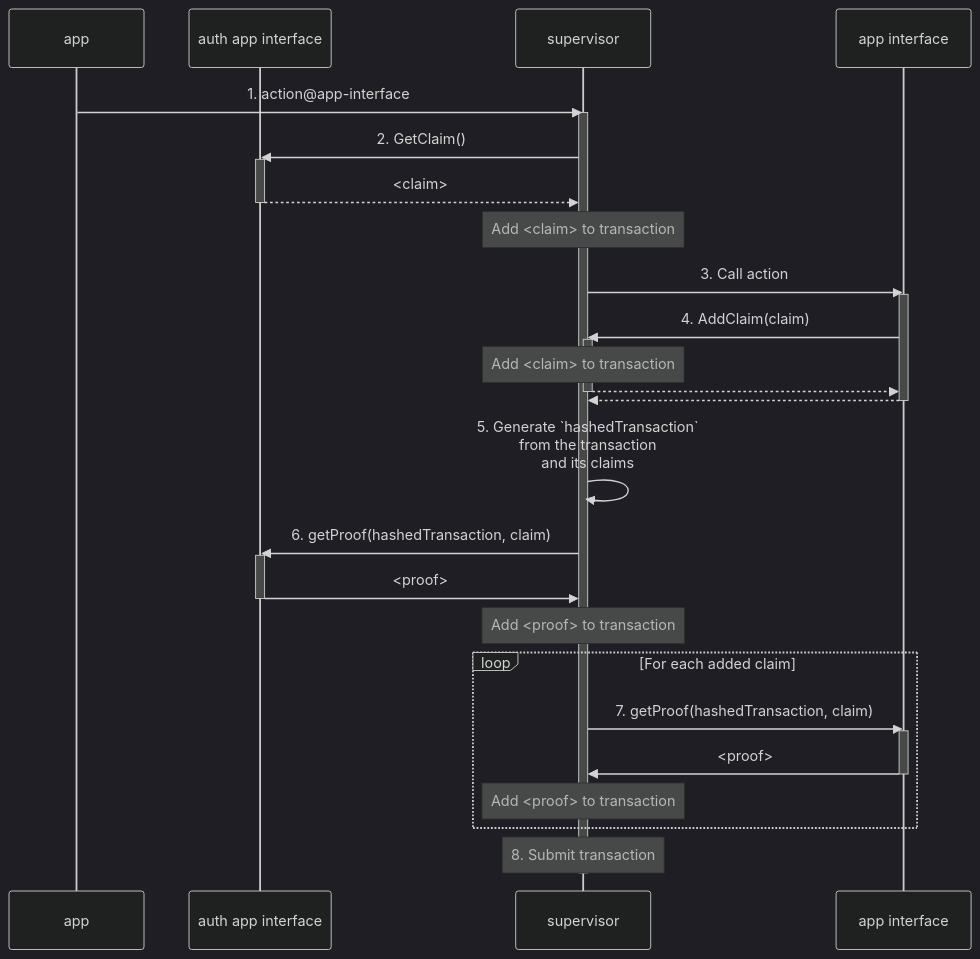
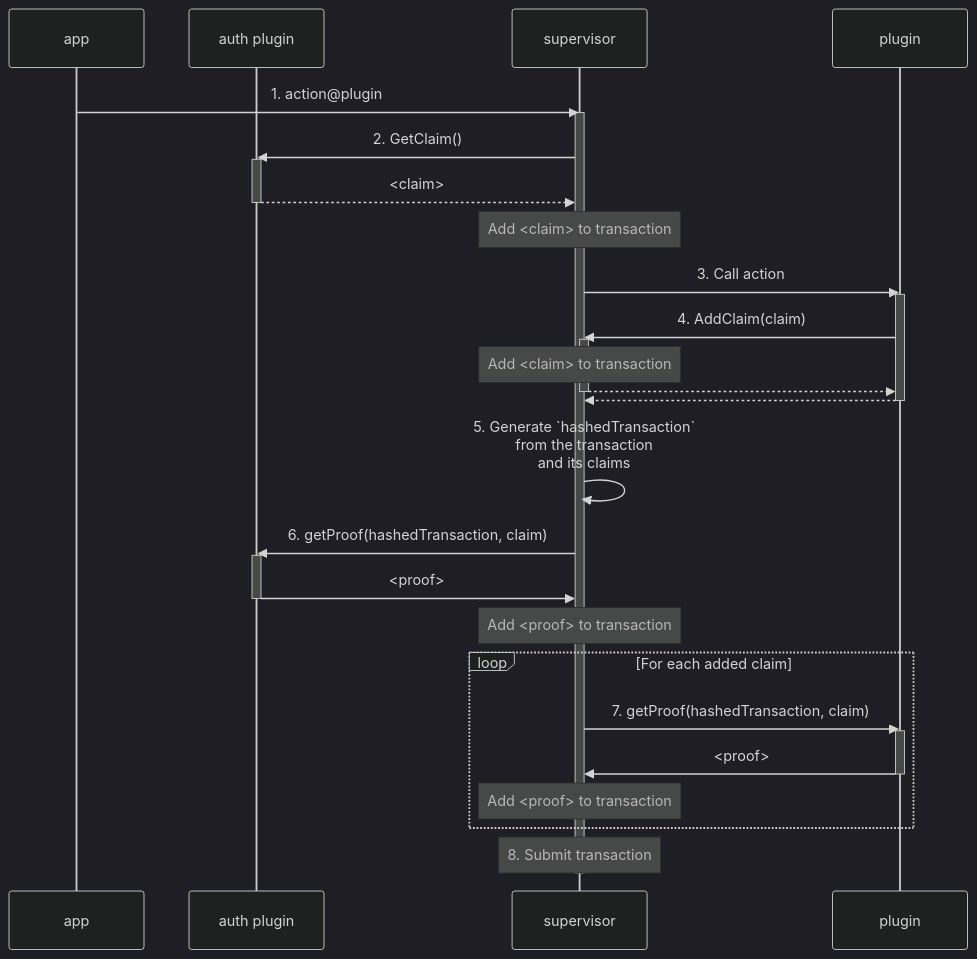
The second of 2 diagrams in doc/psidk/src/specifications/blockchain/smart-authorization.md (gofractally/psibase), drawn with Mermaid (dark theme) before and after one commit. The commit also changed other lines of this file and 24 other files, not shown here.

Commit message:
language cleanup. 'applet'-->'app' or 'UI' or 'plugin' depending on context, and 'app interface'-->'plugin'

````diff
--- a/doc/psidk/src/specifications/blockchain/smart-authorization.md
+++ b/doc/psidk/src/specifications/blockchain/smart-authorization.md
@@ -64,45 +64,45 @@
 ```mermaid
 sequenceDiagram
 
 participant app
-participant auth app interface
+participant auth plugin
 participant supervisor
-participant app interface
+participant plugin
 
-app->>supervisor: 1. action@app-interface
+app->>supervisor: 1. action@plugin
 activate supervisor
-supervisor->>auth app interface: 2. GetClaim()
-activate auth app interface
-auth app interface-->>supervisor: <claim>
-deactivate auth app interface
+supervisor->>auth plugin: 2. GetClaim()
+activate auth plugin
+auth plugin-->>supervisor: <claim>
+deactivate auth plugin
 note over supervisor: Add <claim> to transaction
 
-supervisor->>app interface: 3. Call action
-activate app interface
-app interface->>supervisor: 4. AddClaim(claim)
+supervisor->>plugin: 3. Call action
+activate plugin
+plugin->>supervisor: 4. AddClaim(claim)
 activate supervisor
 note over supervisor: Add <claim> to transaction
-supervisor-->>app interface: 
+supervisor-->>plugin: 
 deactivate supervisor
-app interface-->>supervisor: 
-deactivate app interface
+plugin-->>supervisor: 
+deactivate plugin
 
 supervisor->>supervisor: 5. Generate `hashedTransaction`<br>from the transaction<br>and its claims
 
-supervisor->>auth app interface: 6. getProof(hashedTransaction, claim)
-activate auth app interface
-auth app interface->>supervisor: <proof>
-deactivate auth app interface
+supervisor->>auth plugin: 6. getProof(hashedTransaction, claim)
+activate auth plugin
+auth plugin->>supervisor: <proof>
+deactivate auth plugin
 note over supervisor: Add <proof> to transaction
 
 loop For each added claim
-   supervisor->>app interface: 7. getProof(hashedTransaction, claim)
-   activate app interface
-   app interface->>supervisor: <proof>
-   deactivate app interface
+   supervisor->>plugin: 7. getProof(hashedTransaction, claim)
+   activate plugin
+   plugin->>supervisor: <proof>
+   deactivate plugin
    note over supervisor: Add <proof> to transaction
 end
 
 Note over supervisor: 8. Submit transaction
 deactivate supervisor
 ```
````
